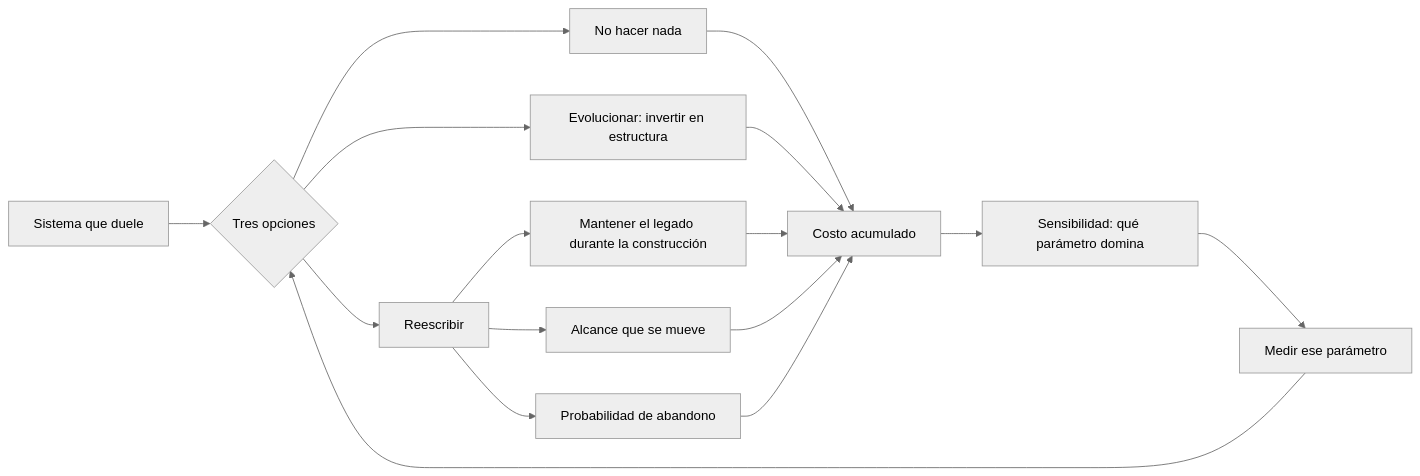
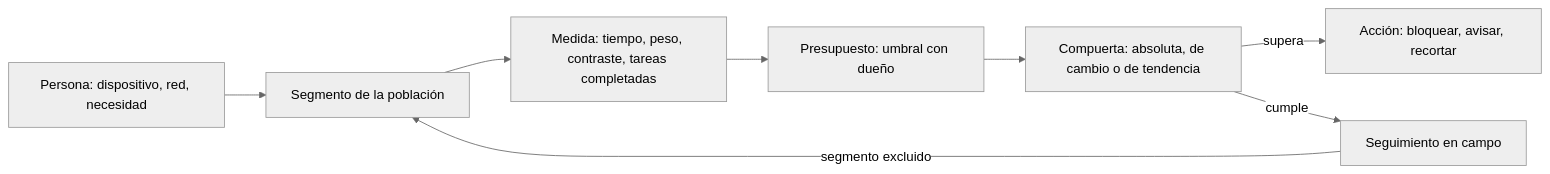
One commit to vladimiracunadev-create/modern-software-engineering-program changed the diagram in content/part-36/SE-442.md. Above: the diagram before and after it, drawn with Mermaid (neutral theme). The commit also changed other lines of this file and 5193 other files, not shown here.

````diff
--- a/content/part-36/SE-442.md
+++ b/content/part-36/SE-442.md
@@ -55,18 +55,10 @@
 ```mermaid
 flowchart LR
-    A[Sistema que duele] --> B{Tres opciones}
-    B --> C[No hacer nada]
-    B --> D[Evolucionar: invertir en estructura]
-    B --> E[Reescribir]
-    E --> F[Mantener el legado durante la construcción]
-    E --> G[Alcance que se mueve]
-    E --> H[Probabilidad de abandono]
-    C --> I[Costo acumulado]
-    D --> I
-    F --> I
-    G --> I
-    H --> I
-    I --> J[Sensibilidad: qué parámetro domina]
-    J --> K[Medir ese parámetro]
-    K --> B
+    A[Persona: dispositivo, red, necesidad] --> B[Segmento de la población]
+    B --> C[Medida: tiempo, peso, contraste, tareas completadas]
+    C --> D[Presupuesto: umbral con dueño]
+    D --> E[Compuerta: absoluta, de cambio o de tendencia]
+    E -->|supera| F[Acción: bloquear, avisar, recortar]
+    E -->|cumple| G[Seguimiento en campo]
+    G -->|segmento excluido| B
 ```
````
